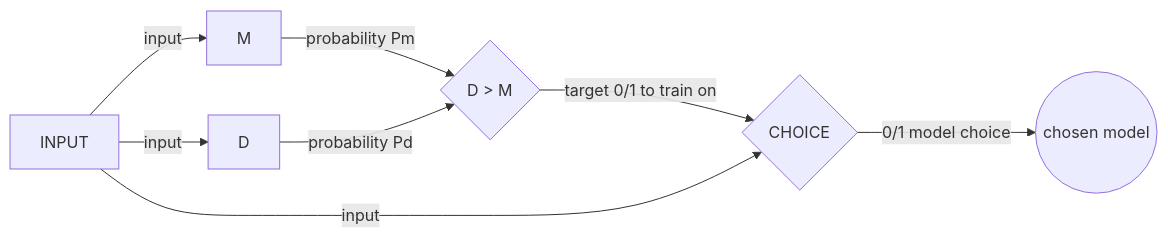
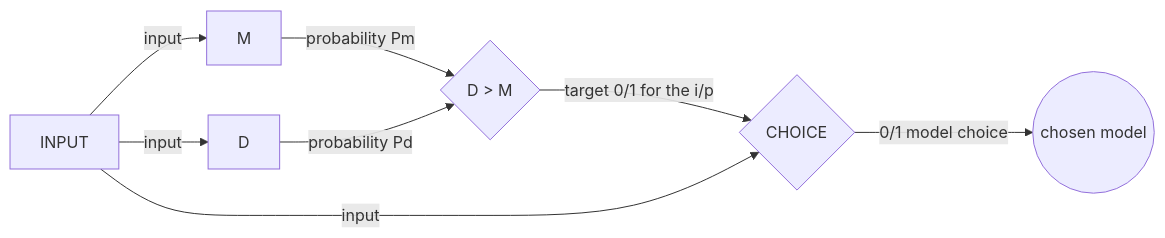
The diagram in README.md (edith141/MD-CHOICE), drawn with Mermaid before and after one commit. The commit also changed other lines of this file, not shown here.

````diff
--- a/README.md
+++ b/README.md
@@ -32,17 +35,17 @@
 ```mermaid
 graph LR
 IP[INPUT] -- input --> M
 
 IP -- input --> D
 
-M -- probability Pm--> T -- target 0/1 to train on --> C
+M -- probability Pm--> T -- target 0/1 for the i/p --> C
 IP -- input --> C
 D -- probability Pd --> T
 
 C -- 0/1 model choice --> OP
 M[M]
 D[D]
 T{D > M}
 C{CHOICE}
 OP((chosen model))
 ```
````
